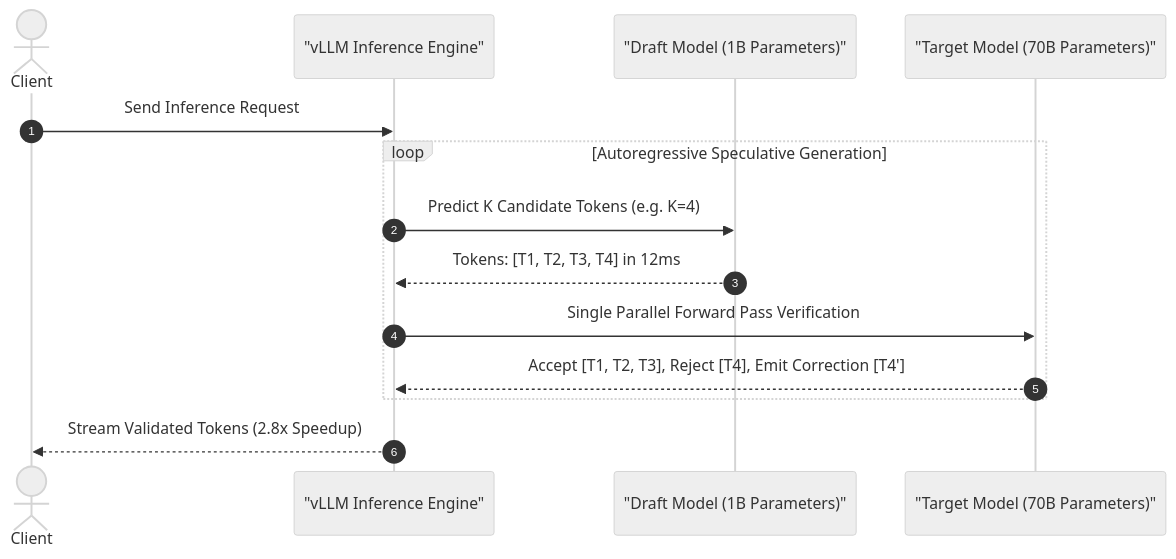
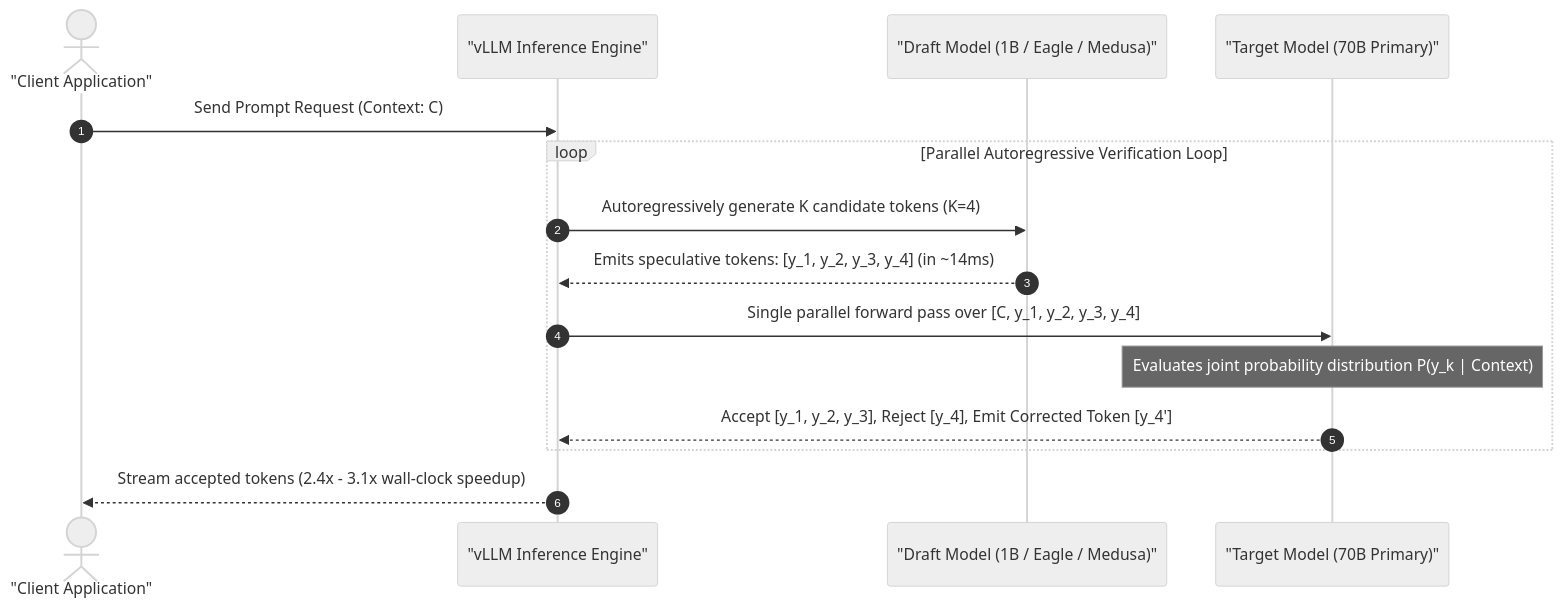
The second of 2 diagrams in content/series/ai-data-engineering-pipeline/part-8-inference-optimization-vllm.md (vesviet/vesviet), drawn with Mermaid (neutral theme) before and after one commit. The commit also changed other lines of this file and 67 other files, not shown here.

````diff
--- a/content/series/ai-data-engineering-pipeline/part-8-inference-optimization-vllm.md
+++ b/content/series/ai-data-engineering-pipeline/part-8-inference-optimization-vllm.md
@@ -67,17 +139,18 @@
 ```mermaid
 sequenceDiagram
     autonumber
-    actor Client
+    actor Client as "Client Application"
     participant Engine as "vLLM Inference Engine"
-    participant Draft as "Draft Model (1B Parameters)"
-    participant Target as "Target Model (70B Parameters)"
+    participant Draft as "Draft Model (1B / Eagle / Medusa)"
+    participant Target as "Target Model (70B Primary)"
 
-    Client->>Engine: Send Inference Request
-    loop Autoregressive Speculative Generation
-        Engine->>Draft: Predict K Candidate Tokens (e.g. K=4)
-        Draft-->>Engine: Tokens: [T1, T2, T3, T4] in 12ms
-        Engine->>Target: Single Parallel Forward Pass Verification
-        Target-->>Engine: Accept [T1, T2, T3], Reject [T4], Emit Correction [T4']
+    Client->>Engine: Send Prompt Request (Context: C)
+    loop Parallel Autoregressive Verification Loop
+        Engine->>Draft: Autoregressively generate K candidate tokens (K=4)
+        Draft-->>Engine: Emits speculative tokens: [y_1, y_2, y_3, y_4] (in ~14ms)
+        Engine->>Target: Single parallel forward pass over [C, y_1, y_2, y_3, y_4]
+        Note over Target: Evaluates joint probability distribution P(y_k | Context)
+        Target-->>Engine: Accept [y_1, y_2, y_3], Reject [y_4], Emit Corrected Token [y_4']
     end
-    Engine-->>Client: Stream Validated Tokens (2.8x Speedup)
+    Engine-->>Client: Stream accepted tokens (2.4x - 3.1x wall-clock speedup)
 ```
````
